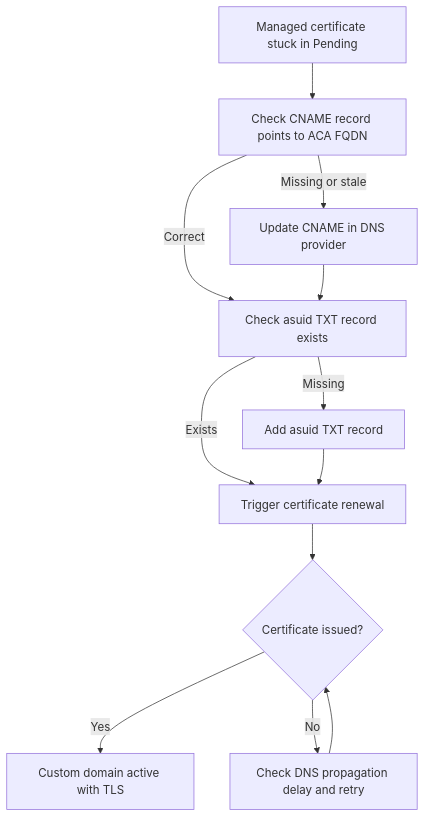
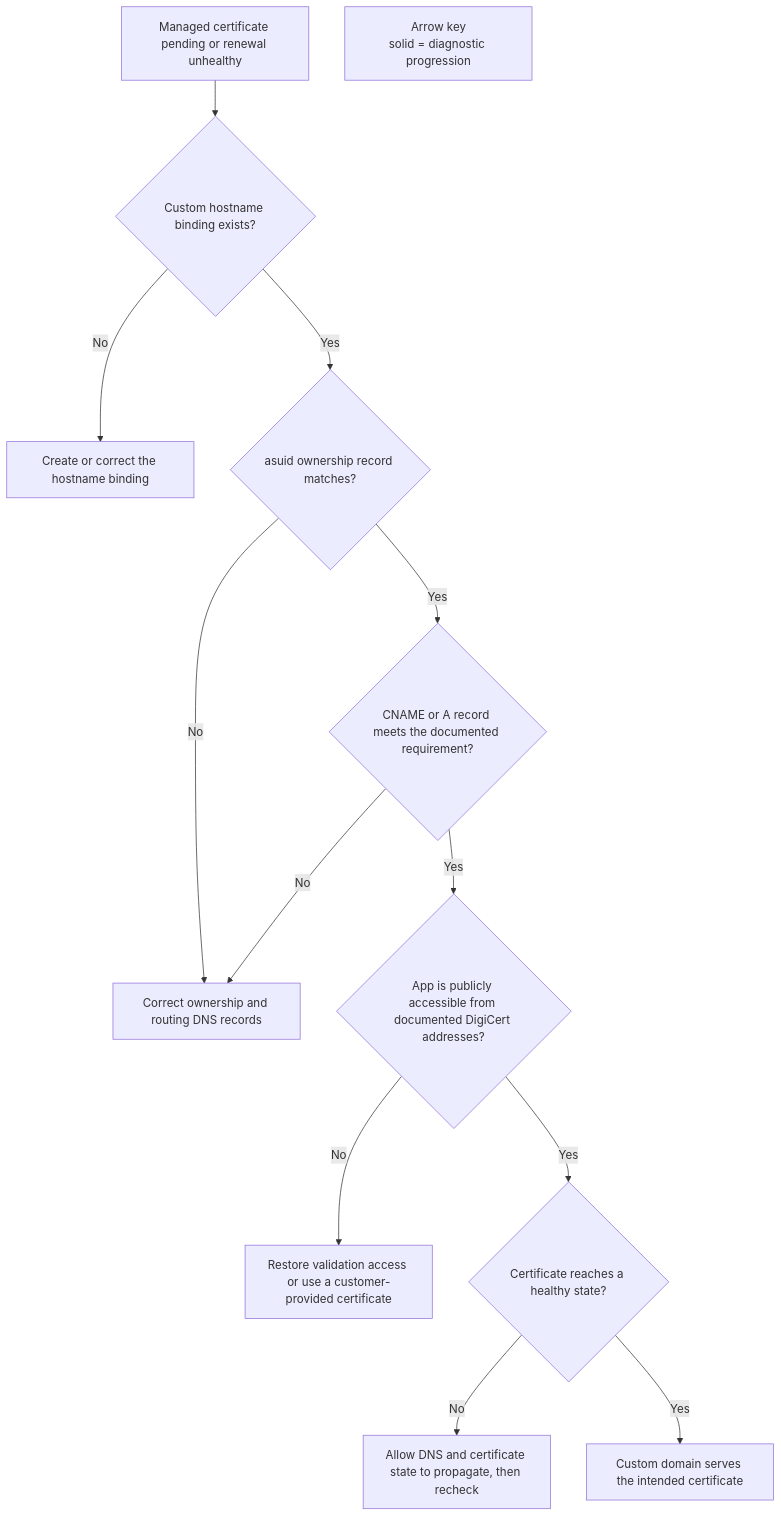
The diagram in docs/troubleshooting/playbooks/networking-advanced/custom-domain-tls-renewal.md (yeongseon/azure-container-apps-practical-guide), drawn with Mermaid before and after one commit. The commit also changed other lines of this file and 23 other files, not shown here.

First line of the commit message:
docs(diagrams): migrate troubleshooting playbook diagrams (#626)

````diff
--- a/docs/troubleshooting/playbooks/networking-advanced/custom-domain-tls-renewal.md
+++ b/docs/troubleshooting/playbooks/networking-advanced/custom-domain-tls-renewal.md
@@ -26,14 +28,31 @@
 ```mermaid
 flowchart TD
-    A[Managed certificate stuck in Pending] --> B[Check CNAME record points to ACA FQDN]
-    B -->|Missing or stale| C[Update CNAME in DNS provider]
-    B -->|Correct| D[Check asuid TXT record exists]
-    C --> D
-    D -->|Missing| E[Add asuid TXT record]
-    D -->|Exists| F[Trigger certificate renewal]
-    E --> F
-    F --> G{Certificate issued?}
-    G -->|Yes| H[Custom domain active with TLS]
-    G -->|No| I[Check DNS propagation delay and retry]
-    I --> G
+    accTitle: Diagnose a Container Apps managed certificate
+    accDescr: Verify domain binding, ownership and routing records, public accessibility for validation, and certificate state before choosing managed or customer-provided certificates.
+
+    PENDING[Managed certificate pending or renewal unhealthy]
+    BINDING{Custom hostname binding exists?}
+    OWNERSHIP{asuid ownership record matches?}
+    ROUTING{CNAME or A record meets the documented requirement?}
+    ACCESS{App is publicly accessible from documented DigiCert addresses?}
+    ISSUED{Certificate reaches a healthy state?}
+    BIND[Create or correct the hostname binding]
+    DNS_FIX[Correct ownership and routing DNS records]
+    ACCESS_FIX[Restore validation access or use a customer-provided certificate]
+    WAIT[Allow DNS and certificate state to propagate, then recheck]
+    HEALTHY[Custom domain serves the intended certificate]
+
+    PENDING --> BINDING
+    BINDING -->|No| BIND
+    BINDING -->|Yes| OWNERSHIP
+    OWNERSHIP -->|No| DNS_FIX
+    OWNERSHIP -->|Yes| ROUTING
+    ROUTING -->|No| DNS_FIX
+    ROUTING -->|Yes| ACCESS
+    ACCESS -->|No| ACCESS_FIX
+    ACCESS -->|Yes| ISSUED
+    ISSUED -->|No| WAIT
+    ISSUED -->|Yes| HEALTHY
+
+    LEGEND["Arrow key<br/>solid = diagnostic progression"]
 ```
````
